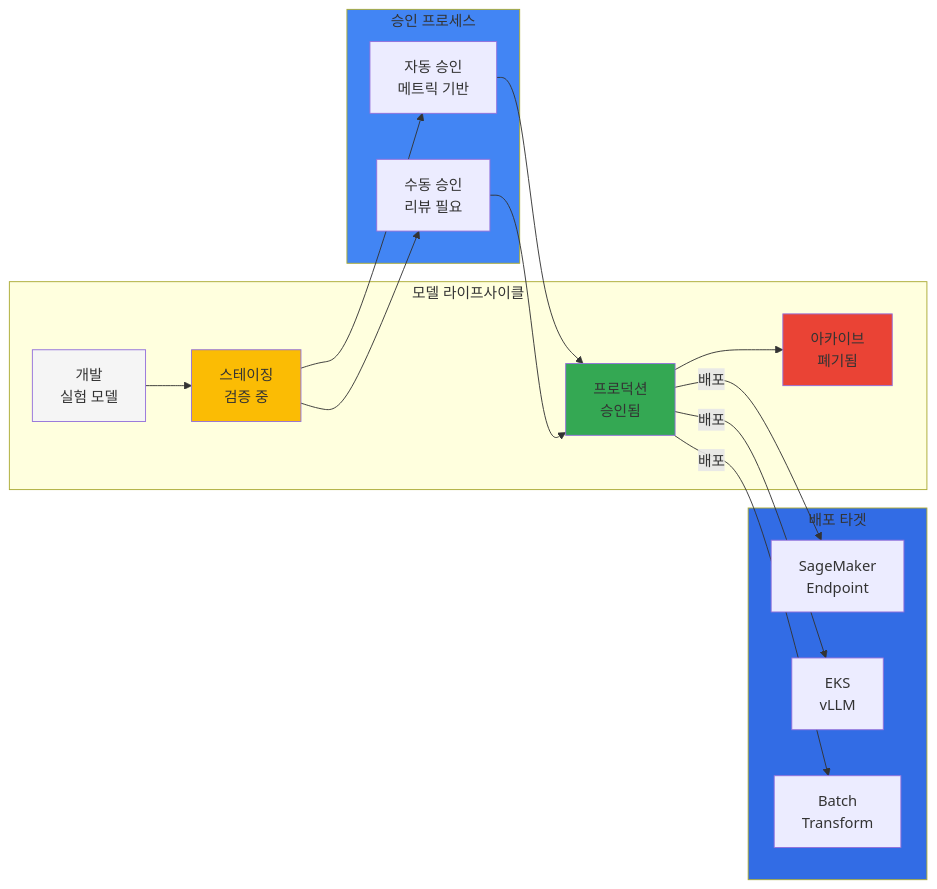
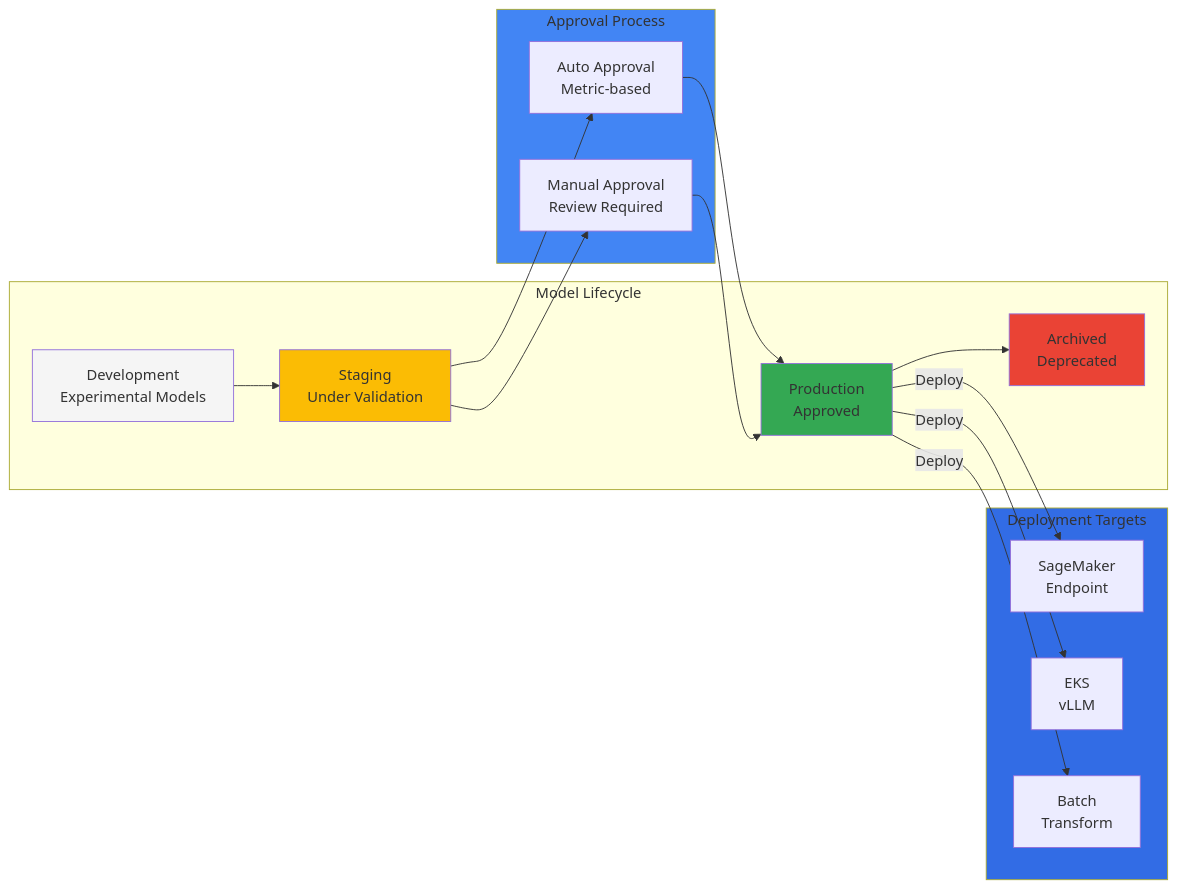
The second of 4 diagrams in docs/agentic-ai-platform/reference-architecture/integrations/sagemaker-eks-integration.md (devfloor9/engineering-playbook), drawn with Mermaid before and after one commit. The commit also changed other lines of this file and 954 other files, not shown here.

````diff
--- a/docs/agentic-ai-platform/reference-architecture/integrations/sagemaker-eks-integration.md
+++ b/docs/agentic-ai-platform/reference-architecture/integrations/sagemaker-eks-integration.md
@@ -182,38 +182,38 @@
 ```mermaid
 flowchart LR
-    subgraph Lifecycle["모델 라이프사이클"]
-        DEV[개발<br/>실험 모델]
-        STAGING[스테이징<br/>검증 중]
-        PROD[프로덕션<br/>승인됨]
-        ARCHIVED[아카이브<br/>폐기됨]
+    subgraph Lifecycle["Model Lifecycle"]
+        DEV[Development<br/>Experimental Models]
+        STAGING[Staging<br/>Under Validation]
+        PROD[Production<br/>Approved]
+        ARCHIVED[Archived<br/>Deprecated]
     end
 
-    subgraph Approval["승인 프로세스"]
-        AUTO[자동 승인<br/>메트릭 기반]
-        MANUAL[수동 승인<br/>리뷰 필요]
+    subgraph Approval["Approval Process"]
+        AUTO[Auto Approval<br/>Metric-based]
+        MANUAL[Manual Approval<br/>Review Required]
     end
 
-    subgraph Deploy["배포 타겟"]
+    subgraph Deploy["Deployment Targets"]
         SM_EP[SageMaker<br/>Endpoint]
         EKS_VLLM[EKS<br/>vLLM]
         BATCH[Batch<br/>Transform]
     end
 
     DEV --> STAGING
     STAGING --> AUTO
     STAGING --> MANUAL
     AUTO --> PROD
     MANUAL --> PROD
     PROD --> ARCHIVED
 
-    PROD -->|배포| SM_EP
-    PROD -->|배포| EKS_VLLM
-    PROD -->|배포| BATCH
+    PROD -->|Deploy| SM_EP
+    PROD -->|Deploy| EKS_VLLM
+    PROD -->|Deploy| BATCH
 
     style DEV fill:#f5f5f5
     style STAGING fill:#fbbc04
     style PROD fill:#34a853
     style ARCHIVED fill:#ea4335
     style Approval fill:#4285f4
     style Deploy fill:#326ce5
 ```
````
